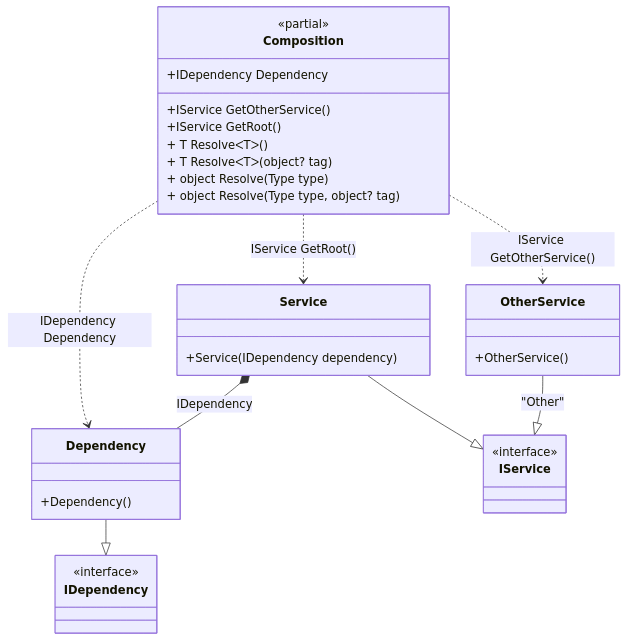
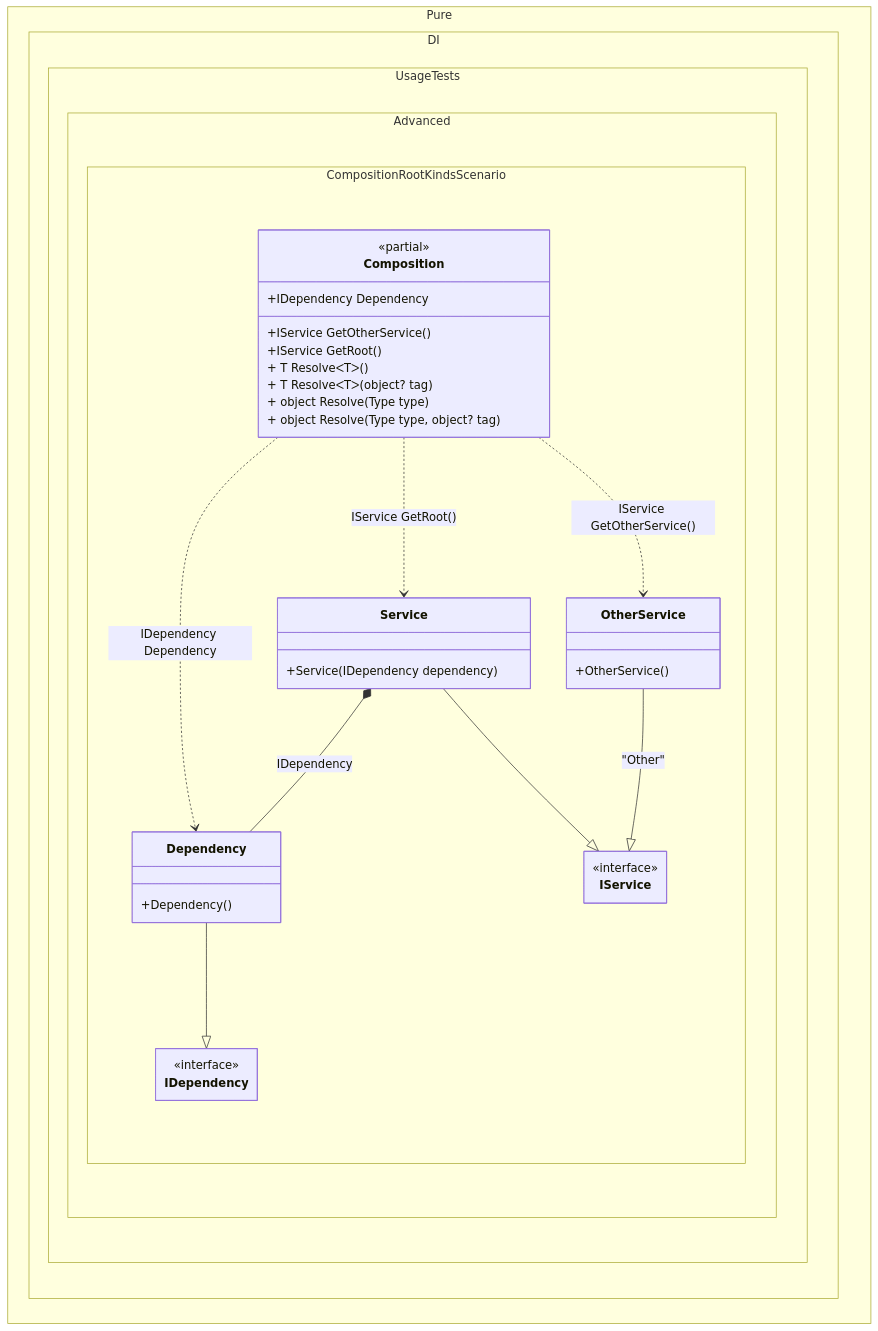
One commit to DevTeam/Pure.DI changed the diagram in readme/composition-root-kinds.md. Above: the diagram before and after it, drawn with Mermaid. The commit also changed 103 other files, not shown here.

Commit message:
Improved class diagrams

````diff
--- a/readme/composition-root-kinds.md
+++ b/readme/composition-root-kinds.md
@@ -233,35 +233,42 @@
 ```mermaid
+---
+ config:
+  class:
+   hideEmptyMembersBox: true
+---
 classDiagram
-	class Composition {
+	Dependency --|> IDependency
+	Service --|> IService
+	OtherService --|> IService : "Other" 
+	Composition ..> Dependency : IDependency Dependency
+	Composition ..> Service : IService GetRoot()
+	Composition ..> OtherService : IService GetOtherService()
+	Service *--  Dependency : IDependency
+	namespace Pure.DI.UsageTests.Advanced.CompositionRootKindsScenario {
+		class Composition {
 		<<partial>>
 		+IDependency Dependency
 		+IService GetOtherService()
 		+IService GetRoot()
 		+ T ResolveᐸTᐳ()
 		+ T ResolveᐸTᐳ(object? tag)
 		+ object Resolve(Type type)
 		+ object Resolve(Type type, object? tag)
+		}
+		class Dependency {
+			+Dependency()
+		}
+		class IDependency {
+			<<interface>>
+		}
+		class IService {
+			<<interface>>
+		}
+		class OtherService {
+			+OtherService()
+		}
+		class Service {
+			+Service(IDependency dependency)
+		}
 	}
-	Dependency --|> IDependency
-	class Dependency {
-		+Dependency()
-	}
-	Service --|> IService
-	class Service {
-		+Service(IDependency dependency)
-	}
-	OtherService --|> IService : "Other" 
-	class OtherService {
-		+OtherService()
-	}
-	class IDependency {
-		<<interface>>
-	}
-	class IService {
-		<<interface>>
-	}
-	Composition ..> Dependency : IDependency Dependency
-	Composition ..> Service : IService GetRoot()
-	Composition ..> OtherService : IService GetOtherService()
-	Service *--  Dependency : IDependency
 ```
````
